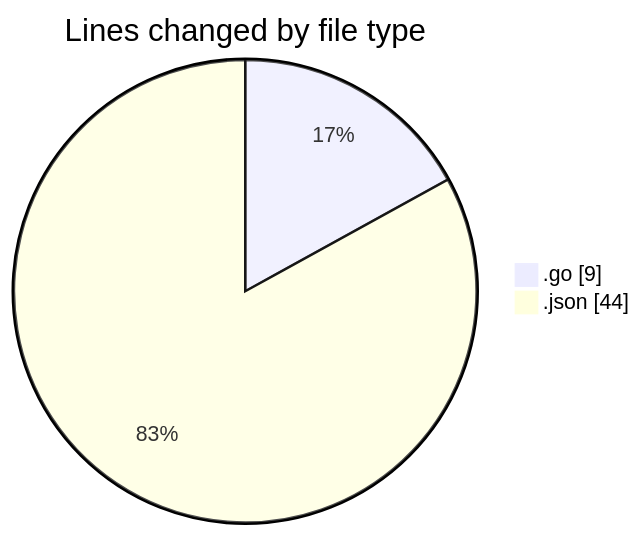
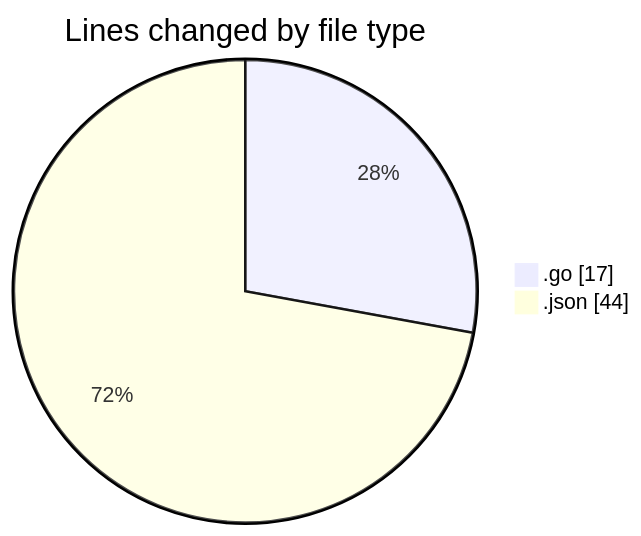
Before and after one commit to BS-eng2023/code-tracking: the first of 2 diagrams in 2025-05-01/go/README.md, drawn with Mermaid. The commit also changed other lines of this file and 1 other file, not shown here.

````diff
--- a/2025-05-01/go/README.md
+++ b/2025-05-01/go/README.md
@@ -22,6 +22,6 @@
 ```mermaid
 pie showData
 title Lines changed by file type
-".go" : 9
+".go" : 17
 ".json" : 44
 ```
````
